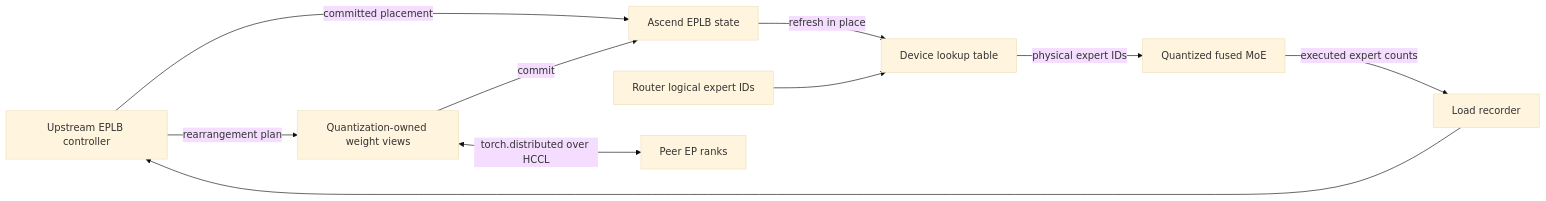
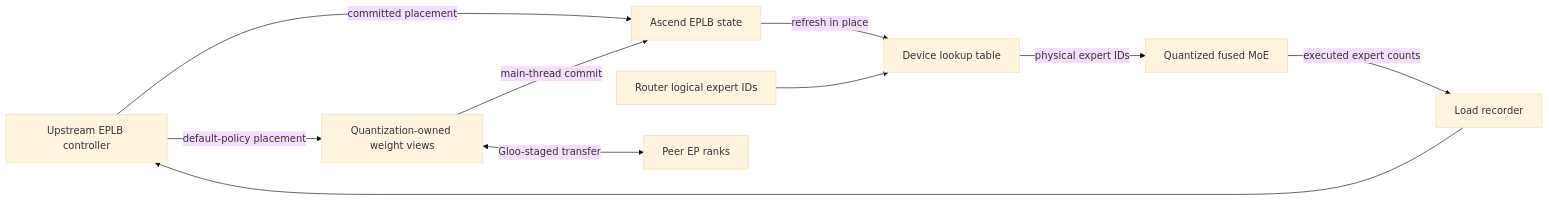
The diagram in docs/source/developer_guide/Design_Documents/model_runner_v2_eplb.md (zzhx1/vllm-ascend), drawn with Mermaid (base theme) before and after one commit. The commit also changed other lines of this file and 35 other files, not shown here.

````diff
--- a/docs/source/developer_guide/Design_Documents/model_runner_v2_eplb.md
+++ b/docs/source/developer_guide/Design_Documents/model_runner_v2_eplb.md
@@ -31,12 +32,12 @@
 ```mermaid
 flowchart LR
     A["Upstream EPLB controller"] -->|"committed placement"| B["Ascend EPLB state"]
     B -->|"refresh in place"| C["Device lookup table"]
     D["Router logical expert IDs"] --> C
     C -->|"physical expert IDs"| E["Quantized fused MoE"]
     E -->|"executed expert counts"| F["Load recorder"]
     F --> A
-    A -->|"rearrangement plan"| G["Quantization-owned weight views"]
-    G <-->|"torch.distributed over HCCL"| H["Peer EP ranks"]
-    G -->|"commit"| B
+    A -->|"default-policy placement"| G["Quantization-owned weight views"]
+    G <-->|"Gloo-staged transfer"| H["Peer EP ranks"]
+    G -->|"main-thread commit"| B
 ```
````
